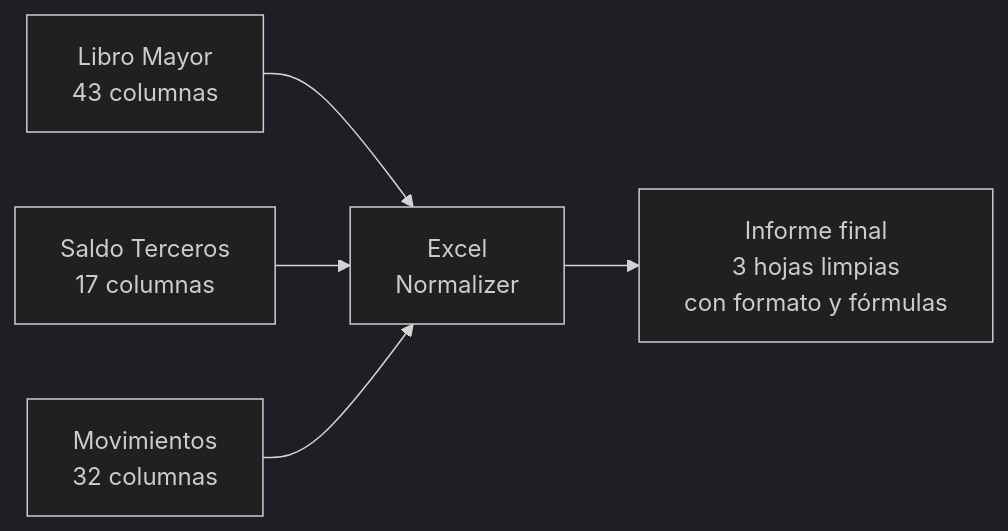
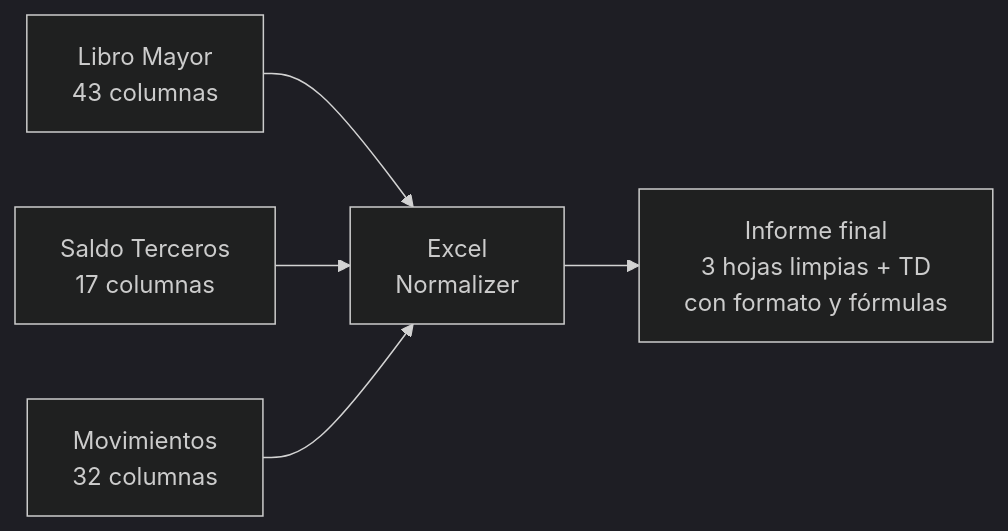
The first of 4 diagrams in docs/COMO-FUNCIONA.md (EstebanGitPro/excel-normalizer), drawn with Mermaid (dark theme) before and after one commit. The commit also changed other lines of this file and 1 other file, not shown here.

````diff
--- a/docs/COMO-FUNCIONA.md
+++ b/docs/COMO-FUNCIONA.md
@@ -16,7 +16,7 @@
 ```mermaid
 flowchart LR
     A[Libro Mayor<br/>43 columnas] --> N[Excel<br/>Normalizer]
     B[Saldo Terceros<br/>17 columnas] --> N
     C[Movimientos<br/>32 columnas] --> N
-    N --> R[Informe final<br/>3 hojas limpias<br/>con formato y fórmulas]
+    N --> R[Informe final<br/>3 hojas limpias + TD<br/>con formato y fórmulas]
 ```
````
